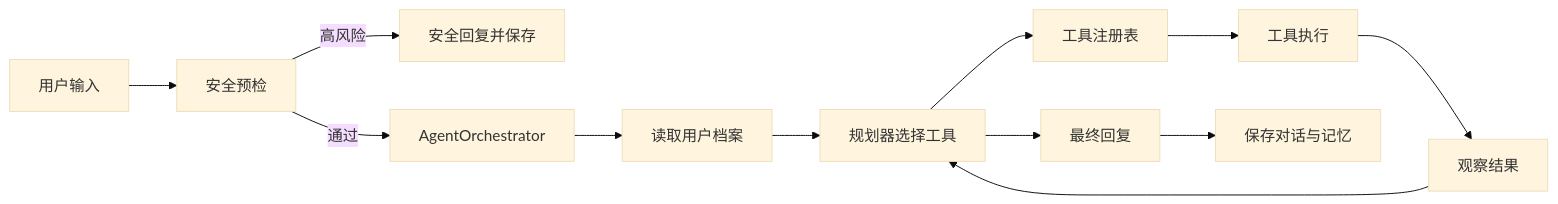
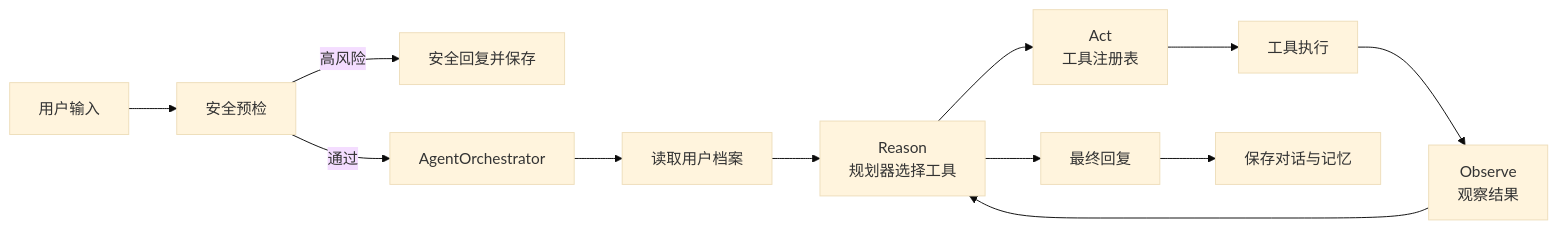
One commit to xli561980-ship-it/psmf-agent changed the diagram in docs/solution-overview.md. Above: the diagram before and after it, drawn with Mermaid (base theme). The commit also changed other lines of this file and 3 other files, not shown here.

````diff
--- a/docs/solution-overview.md
+++ b/docs/solution-overview.md
@@ -29,14 +29,14 @@
 ```mermaid
 flowchart LR
     U["用户输入"] --> S["安全预检"]
     S -->|"高风险"| SF["安全回复并保存"]
     S -->|"通过"| O["AgentOrchestrator"]
     O --> L["读取用户档案"]
-    L --> P["规划器选择工具"]
-    P --> R["工具注册表"]
+    L --> P["Reason<br/>规划器选择工具"]
+    P --> R["Act<br/>工具注册表"]
     R --> T["工具执行"]
-    T --> OB["观察结果"]
+    T --> OB["Observe<br/>观察结果"]
     OB --> P
     P --> F["最终回复"]
     F --> M["保存对话与记忆"]
 ```
````
